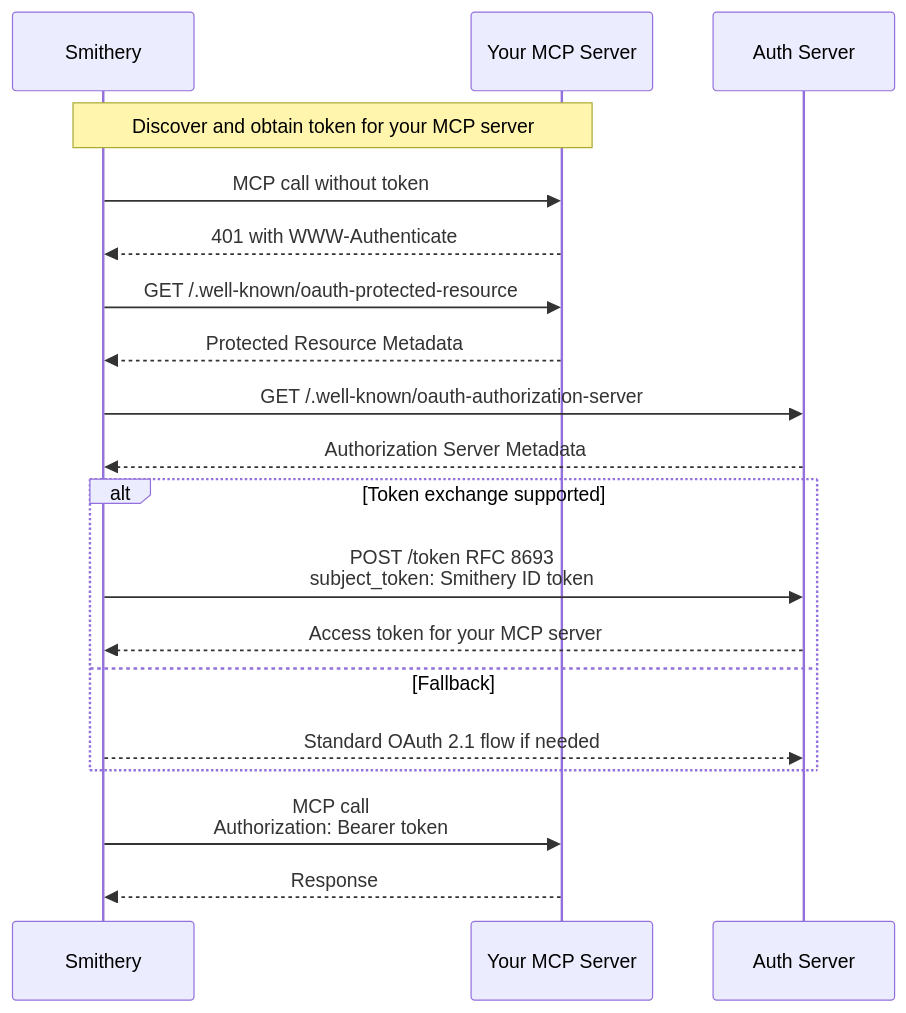
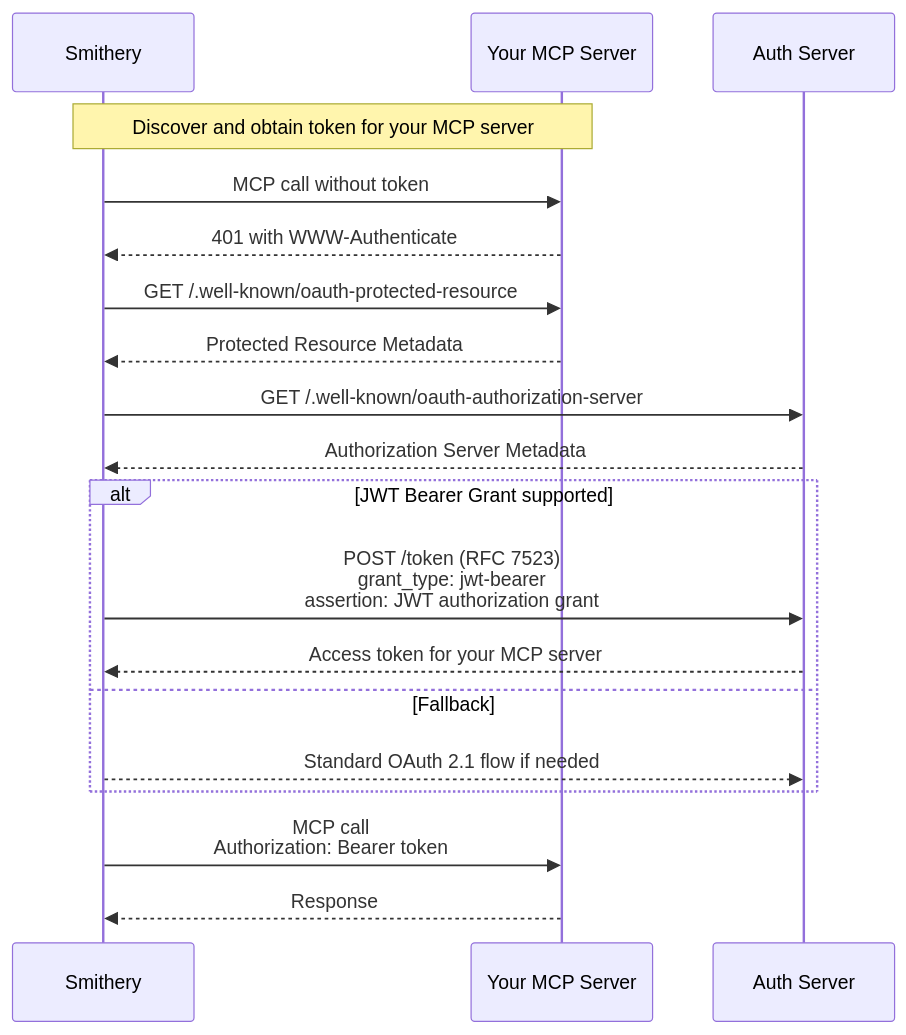
Before and after one commit to smithery-ai/docs: the diagram in build/identity.mdx, drawn with Mermaid. The commit also changed other lines of this file, not shown here.

Commit message:
Update Smithery Identity spec to ID-JAG

````diff
--- a/build/identity.mdx
+++ b/build/identity.mdx
@@ -225,22 +237,22 @@
 ```mermaid
 sequenceDiagram
     participant S as Smithery
     participant E as Your MCP Server
     participant A as Auth Server
 
     Note over S,E: Discover and obtain token for your MCP server
     S->>E: MCP call without token
     E-->>S: 401 with WWW-Authenticate
     S->>E: GET /.well-known/oauth-protected-resource
     E-->>S: Protected Resource Metadata
     S->>A: GET /.well-known/oauth-authorization-server
     A-->>S: Authorization Server Metadata
-    alt Token exchange supported
-        S->>A: POST /token RFC 8693<br/>subject_token: Smithery ID token
+    alt JWT Bearer Grant supported
+        S->>A: POST /token (RFC 7523)<br/>grant_type: jwt-bearer<br/>assertion: JWT authorization grant
         A-->>S: Access token for your MCP server
     else Fallback
         S-->>A: Standard OAuth 2.1 flow if needed
     end
     S->>E: MCP call<br/>Authorization: Bearer token
     E-->>S: Response
 ```
````
